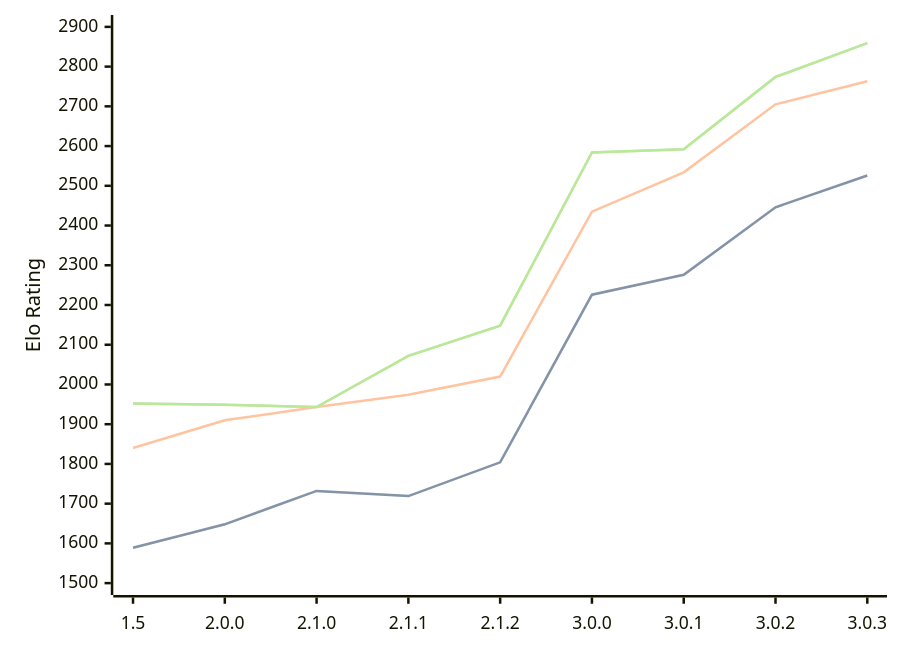
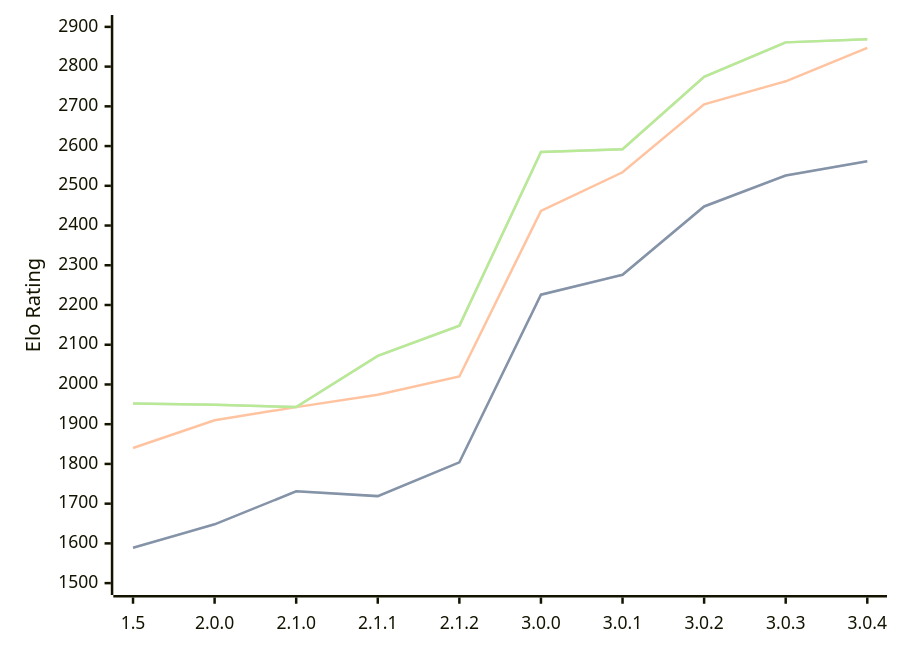
One commit to computer-chess-index/cci changed the first of 3 diagrams in engines/Rudim.md. Above: the diagram before and after it, drawn with Mermaid. The commit also changed other lines of this file, not shown here.

Commit message:
Update CCI Ratings (ELO VLTC) - 2026-06-22

````diff
--- a/engines/Rudim.md
+++ b/engines/Rudim.md
@@ -50,11 +49,11 @@
 ```mermaid
 %%{init: {"theme":"base","themeVariables":{"seriesColors:['#a3a3a3','#222221','#faa371']}}}%%
 xychart-beta
-  x-axis ["1.5", "2.0.0", "2.1.0", "2.1.1", "2.1.2", "3.0.0", "3.0.1", "3.0.2", "3.0.3"]
+  x-axis ["1.5", "2.0.0", "2.1.0", "2.1.1", "2.1.2", "3.0.0", "3.0.1", "3.0.2", "3.0.3", "3.0.4"]
   y-axis "Elo Rating" 1500 --> 2900
-  line "STC (8.0+0.08s)" [1589, 1648, 1732, 1719, 1804, 2226, 2276, 2446, 2526]
-  line "STC (8.0+0.08s)" [1589, 1648, 1732, 1719, 1804, 2226, 2276, 2446, 2526]
-  line "LTC (60.0+0.60s)" [1840, 1910, 1943, 1974, 2020, 2435, 2534, 2705, 2763]
-  line "VLTC (2m24s+1.12s)" [1952, 1949, 1943, 2072, 2148, 2584, 2592, 2774, 2859]
-  line "VLTC (2m24s+1.12s)" [1952, 1949, 1943, 2072, 2148, 2584, 2592, 2774, 2859]
+  line "STC (8.0+0.08s)" [1589, 1648, 1731, 1719, 1804, 2226, 2276, 2448, 2526, 2562]
+  line "STC (8.0+0.08s)" [1589, 1648, 1731, 1719, 1804, 2226, 2276, 2448, 2526, 2562]
+  line "LTC (60.0+0.60s)" [1840, 1910, 1943, 1974, 2020, 2437, 2534, 2705, 2763, 2847]
+  line "VLTC (2m24s+1.12s)" [1952, 1949, 1943, 2072, 2148, 2585, 2592, 2774, 2861, 2869]
+  line "VLTC (2m24s+1.12s)" [1952, 1949, 1943, 2072, 2148, 2585, 2592, 2774, 2861, 2869]
 ```
````
